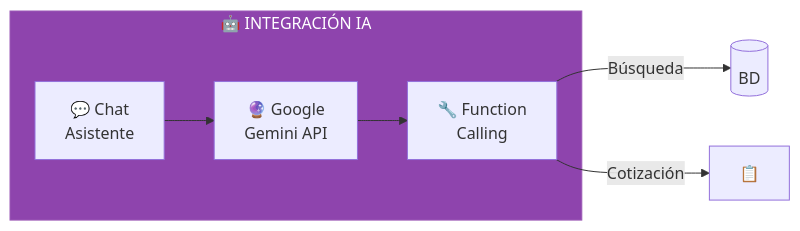
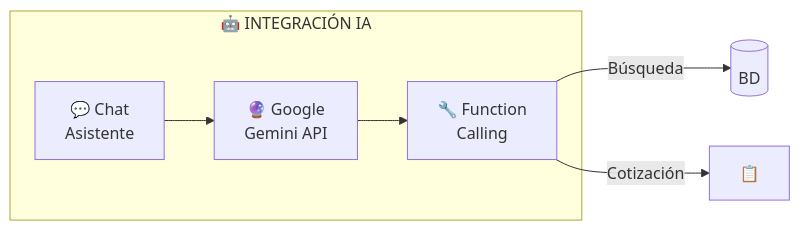
One commit to decagraff/LCService changed the fifth of 8 diagrams in docs/05-sistema/README.md. Above: the diagram before and after it, drawn with Mermaid. The commit also changed other lines of this file and 7 other files, not shown here.

````diff
--- a/docs/05-sistema/README.md
+++ b/docs/05-sistema/README.md
@@ -143,15 +136,14 @@
 ```mermaid
 graph LR
     subgraph ai["🤖 INTEGRACIÓN IA"]
         CHAT["💬 Chat<br/>Asistente"]
         GEMINI["🔮 Google<br/>Gemini API"]
         TOOLS["🔧 Function<br/>Calling"]
     end
 
     CHAT --> GEMINI
     GEMINI --> TOOLS
     TOOLS -->|Búsqueda| DB[("BD")]
     TOOLS -->|Cotización| COT["📋"]
 
-    style ai fill:#8e44ad,stroke:#9b59b6,color:#fff
 ```
````
